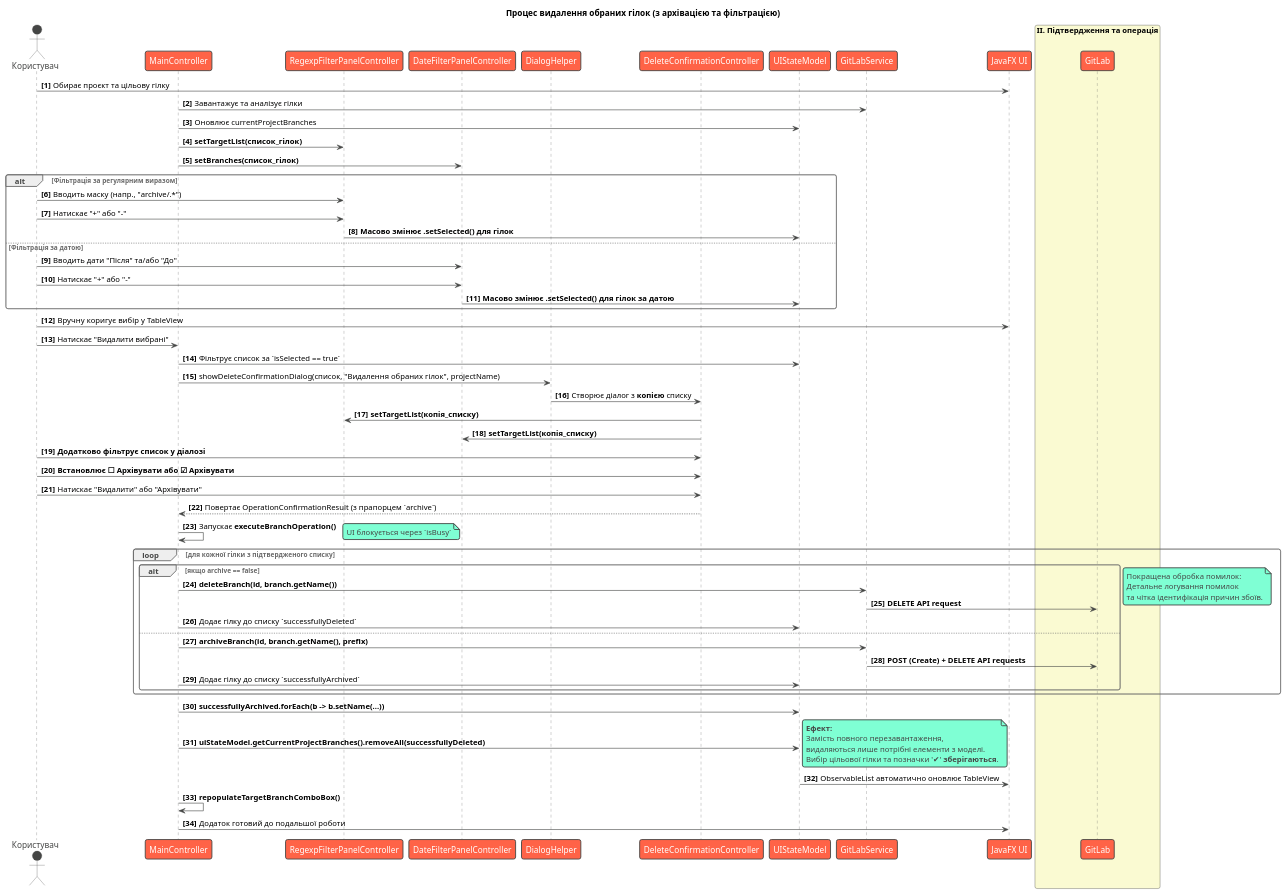
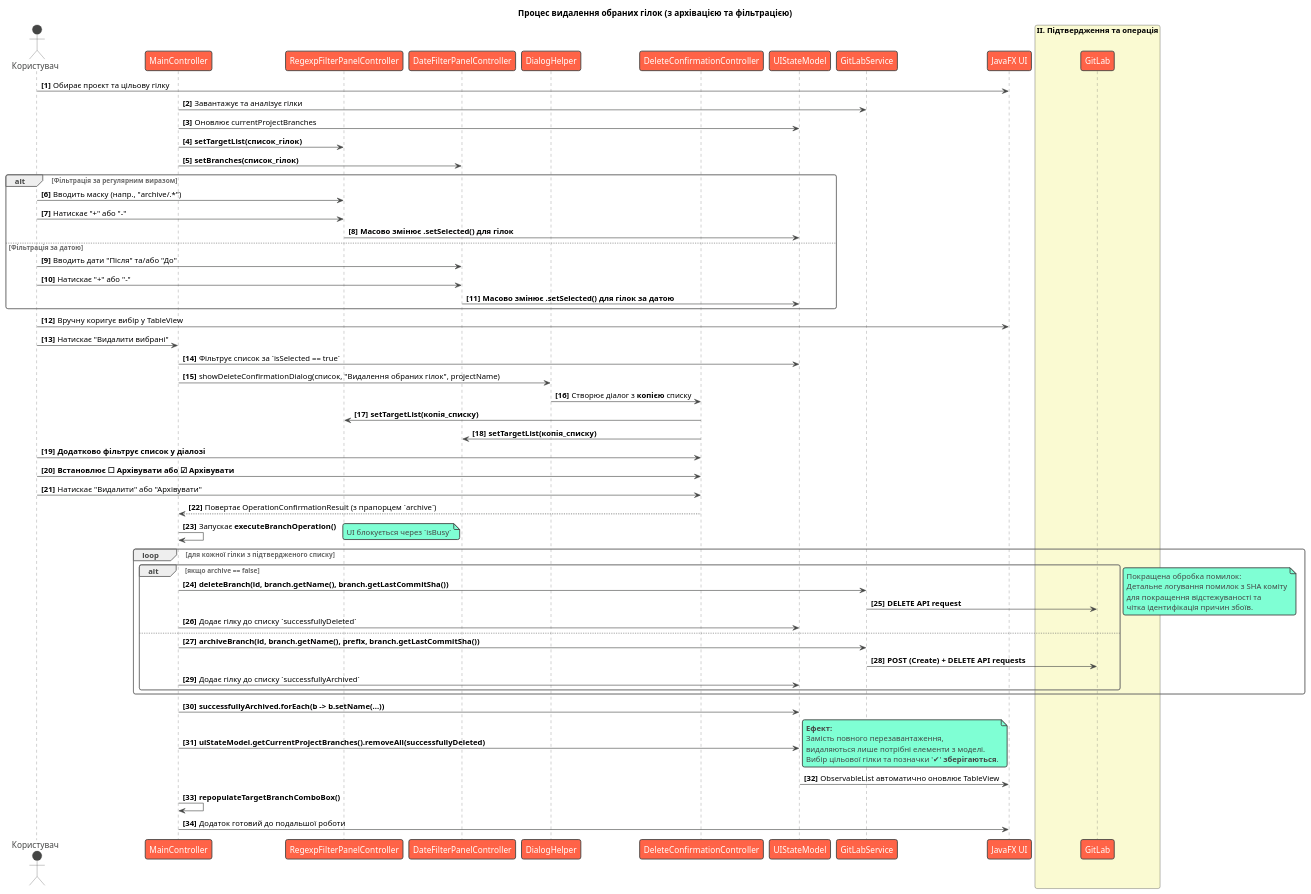
One commit to pashkazp/gitlaberfx changed the diagram in src/main/docs/delete_selected.puml. Above: the diagram before and after it, drawn with PlantUML. The commit also changed 17 other files, not shown here.

```diff
--- a/src/main/docs/delete_selected.puml
+++ b/src/main/docs/delete_selected.puml
@@ -1,86 +1,87 @@
 @startuml
 !theme vibrant
 title Процес видалення обраних гілок (з архівацією та фільтрацією)
 
 actor Користувач as User
 participant "MainController" as Controller
 participant "RegexpFilterPanelController" as RegexpFilter
 participant "DateFilterPanelController" as DateFilter
 participant "DialogHelper" as Helper
 participant "DeleteConfirmationController" as Dialog
 participant "UIStateModel" as Model
 participant "GitLabService" as Service
 participant "JavaFX UI" as UI
 
 autonumber "<b>[0]"
 
 box "I. Підготовка та вибір" #LightCyan
     User -> UI: Обирає проєкт та цільову гілку
     Controller -> Service: Завантажує та аналізує гілки
     Controller -> Model: Оновлює currentProjectBranches
     Controller -> RegexpFilter: **setTargetList(список_гілок)**
     Controller -> DateFilter: **setBranches(список_гілок)**
 
     alt Фільтрація за регулярним виразом
         User -> RegexpFilter: Вводить маску (напр., "archive/.*")
         User -> RegexpFilter: Натискає "+" або "-"
         RegexpFilter -> Model: **Масово змінює .setSelected() для гілок**
     else Фільтрація за датою
         User -> DateFilter: Вводить дати "Після" та/або "До"
         User -> DateFilter: Натискає "+" або "-"
         DateFilter -> Model: **Масово змінює .setSelected() для гілок за датою**
     end
 
     User -> UI: Вручну коригує вибір у TableView
 end box
 
 box "II. Підтвердження та операція" #LightGoldenRodYellow
     User -> Controller: Натискає "Видалити вибрані"
     Controller -> Model: Фільтрує список за `isSelected == true`
     Controller -> Helper: showDeleteConfirmationDialog(список, "Видалення обраних гілок", projectName)
     Helper -> Dialog: Створює діалог з **копією** списку
     Dialog -> RegexpFilter: **setTargetList(копія_списку)**
     Dialog -> DateFilter: **setTargetList(копія_списку)**
 
     User -> Dialog: **Додатково фільтрує список у діалозі**
     User -> Dialog: **Встановлює ☐ Архівувати або ☑ Архівувати**
     User -> Dialog: Натискає "Видалити" або "Архівувати"
     Dialog --> Controller: Повертає OperationConfirmationResult (з прапорцем `archive`)
 
     Controller -> Controller: Запускає **executeBranchOperation()**
     note right: UI блокується через `isBusy`
     loop для кожної гілки з підтвердженого списку
         alt якщо archive == false
-            Controller -> Service: **deleteBranch(id, branch.getName())**
+            Controller -> Service: **deleteBranch(id, branch.getName(), branch.getLastCommitSha())**
             Service -> GitLab: **DELETE API request**
             Controller -> Model: Додає гілку до списку `successfullyDeleted`
         else
-            Controller -> Service: **archiveBranch(id, branch.getName(), prefix)**
+            Controller -> Service: **archiveBranch(id, branch.getName(), prefix, branch.getLastCommitSha())**
             Service -> GitLab: **POST (Create) + DELETE API requests**
             Controller -> Model: Додає гілку до списку `successfullyArchived`
         end
         note right
             Покращена обробка помилок:
-            Детальне логування помилок
-            та чітка ідентифікація причин збоїв.
+            Детальне логування помилок з SHA коміту
+            для покращення відстежуваності та
+            чітка ідентифікація причин збоїв.
         end note
     end
 end box
 
 box "III. Елегантне оновлення UI" #LightGreen
     Controller -> Model: **successfullyArchived.forEach(b -> b.setName(...))**
     Controller -> Model: **uiStateModel.getCurrentProjectBranches().removeAll(successfullyDeleted)**
     note right
         **Ефект:**
         Замість повного перезавантаження,
         видаляються лише потрібні елементи з моделі.
         Вибір цільової гілки та позначки '✔' **зберігаються**.
     end note
 
     Model -> UI: ObservableList автоматично оновлює TableView
     Controller -> Controller: **repopulateTargetBranchComboBox()**
 
     Controller -> UI: Додаток готовий до подальшої роботи
 end box
 
 @enduml
```
